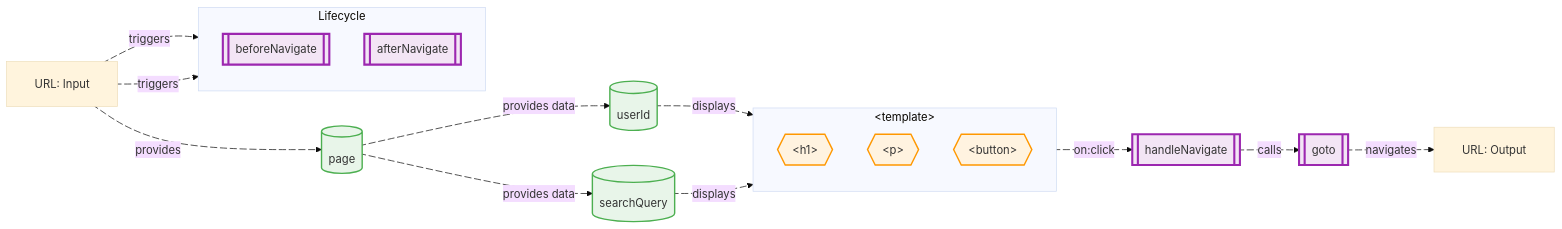
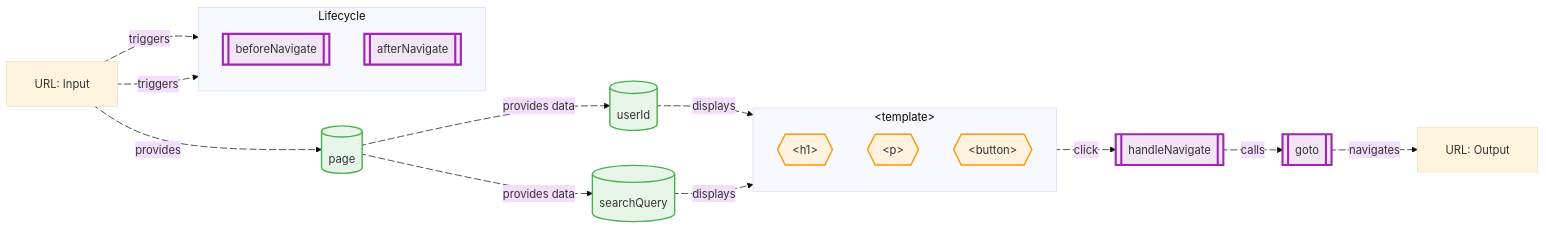
The diagram in examples/svelte-vite/src/components/007-SvelteKit.mmd (shibukawa/web-component-analyzer), drawn with Mermaid before and after one commit. The commit also changed 7 other files, not shown here.

```diff
--- a/examples/svelte-vite/src/components/007-SvelteKit.mmd
+++ b/examples/svelte-vite/src/components/007-SvelteKit.mmd
@@ -1,65 +1,65 @@
 %%{init: {'theme': 'base', 'themeVariables': {'fontFamily': 'Comic Sans MS, cursive'}, 'flowchart': {'curve': 'basis', 'padding': 20}}}%%
 flowchart LR
   svelte_computed_0[("userId")]
   svelte_computed_1[("searchQuery")]
   jsx_element_2["&lt;h1&gt;"]
   jsx_element_3["&lt;p&gt;"]
   jsx_element_4["&lt;button&gt;"]
   url_input_5["URL: Input"]
   svelte_store_6[("page")]
   process_7[["goto"]]
   url_output_8["URL: Output"]
   process_9[["beforeNavigate"]]
   process_10[["afterNavigate"]]
   process_11[["handleNavigate"]]
   subgraph subgraph_0["&lt;template&gt;"]
     direction TB
       jsx_element_2@{ shape: hex, label: "&lt;h1&gt;" }
       jsx_element_3@{ shape: hex, label: "&lt;p&gt;" }
       jsx_element_4@{ shape: hex, label: "&lt;button&gt;" }
   end
   subgraph lifecycle_subgraph_12["Lifecycle"]
     direction TB
       process_9[["beforeNavigate"]]
       process_10[["afterNavigate"]]
   end
   url_input_5 eurl_input_5_svelte_store_6@-->|"provides"| svelte_store_6
   eurl_input_5_svelte_store_6@{ animate: true }
   process_7 eprocess_7_url_output_8@-->|"navigates"| url_output_8
   eprocess_7_url_output_8@{ animate: true }
   url_input_5 eurl_input_5_process_9@-->|"triggers"| process_9
   eurl_input_5_process_9@{ animate: true }
   url_input_5 eurl_input_5_process_10@-->|"triggers"| process_10
   eurl_input_5_process_10@{ animate: true }
   svelte_computed_0 esvelte_computed_0_jsx_element_2@-->|"displays"| jsx_element_2
   esvelte_computed_0_jsx_element_2@{ animate: true }
   svelte_computed_1 esvelte_computed_1_jsx_element_3@-->|"displays"| jsx_element_3
   esvelte_computed_1_jsx_element_3@{ animate: true }
-  jsx_element_4 ejsx_element_4_process_11@-->|"on:click"| process_11
+  jsx_element_4 ejsx_element_4_process_11@-->|"click"| process_11
   ejsx_element_4_process_11@{ animate: true }
   svelte_store_6 esvelte_store_6_svelte_computed_0@-->|"provides data"| svelte_computed_0
   esvelte_store_6_svelte_computed_0@{ animate: true }
   svelte_store_6 esvelte_store_6_svelte_computed_1@-->|"provides data"| svelte_computed_1
   esvelte_store_6_svelte_computed_1@{ animate: true }
   process_11 eprocess_11_process_7@-->|"calls"| process_7
   eprocess_11_process_7@{ animate: true }
 
   %% Styling
   classDef inputProp fill:#E3F2FD,stroke:#2196F3,stroke-width:2px
   classDef outputProp fill:#FFF3E0,stroke:#FF9800,stroke-width:2px
   classDef process fill:#F3E5F5,stroke:#9C27B0,stroke-width:3px
   classDef dataStore fill:#E8F5E9,stroke:#4CAF50,stroke-width:2px
   classDef jsxElement fill:#FFF3E0,stroke:#FF9800,stroke-width:2px
   classDef contextData fill:#E1F5FE,stroke:#0288D1,stroke-width:2px
   classDef contextFunction fill:#FFF9C4,stroke:#F57C00,stroke-width:2px
   classDef exportedHandler fill:#E8F5E9,stroke:#4CAF50,stroke-width:2px
   class svelte_computed_0 dataStore
   class svelte_computed_1 dataStore
   class svelte_store_6 dataStore
   class process_7 process
   class process_9 process
   class process_10 process
   class process_11 process
   class jsx_element_2 jsxElement
   class jsx_element_3 jsxElement
   class jsx_element_4 jsxElement
```
